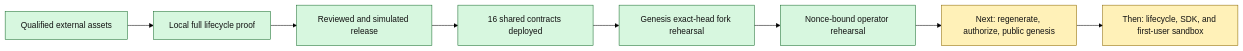
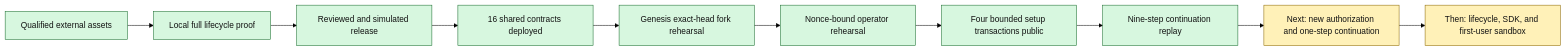
The first of 5 diagrams in docs/architecture/robinhood-testnet-system.md (vmbbz/stonkHedge), drawn with Mermaid (forest theme) before and after one commit. The commit also changed other lines of this file and 13 other files, not shown here.

Commit message:
feat(market): prepare partial genesis continuation

````diff
--- a/docs/architecture/robinhood-testnet-system.md
+++ b/docs/architecture/robinhood-testnet-system.md
@@ -47,15 +52,17 @@
 ```mermaid
 flowchart LR
     A[Qualified external assets] --> B[Local full lifecycle proof]
     B --> C[Reviewed and simulated release]
     C --> D[16 shared contracts deployed]
     D --> E[Genesis exact-head fork rehearsal]
     E --> F[Nonce-bound operator rehearsal]
-    F --> H[Next: regenerate, authorize, public genesis]
-    H --> G[Then: lifecycle, SDK, and first-user sandbox]
+    F --> H[Four bounded setup transactions public]
+    H --> I[Nine-step continuation replay]
+    I --> J[Next: new authorization and one-step continuation]
+    J --> G[Then: lifecycle, SDK, and first-user sandbox]
 
     classDef done fill:#d7f7df,stroke:#176b2c,color:#111;
     classDef next fill:#fff1b8,stroke:#8a6700,color:#111;
-    class A,B,C,D,E,F done;
-    class H,G next;
+    class A,B,C,D,E,F,H,I done;
+    class J,G next;
 ```
````
